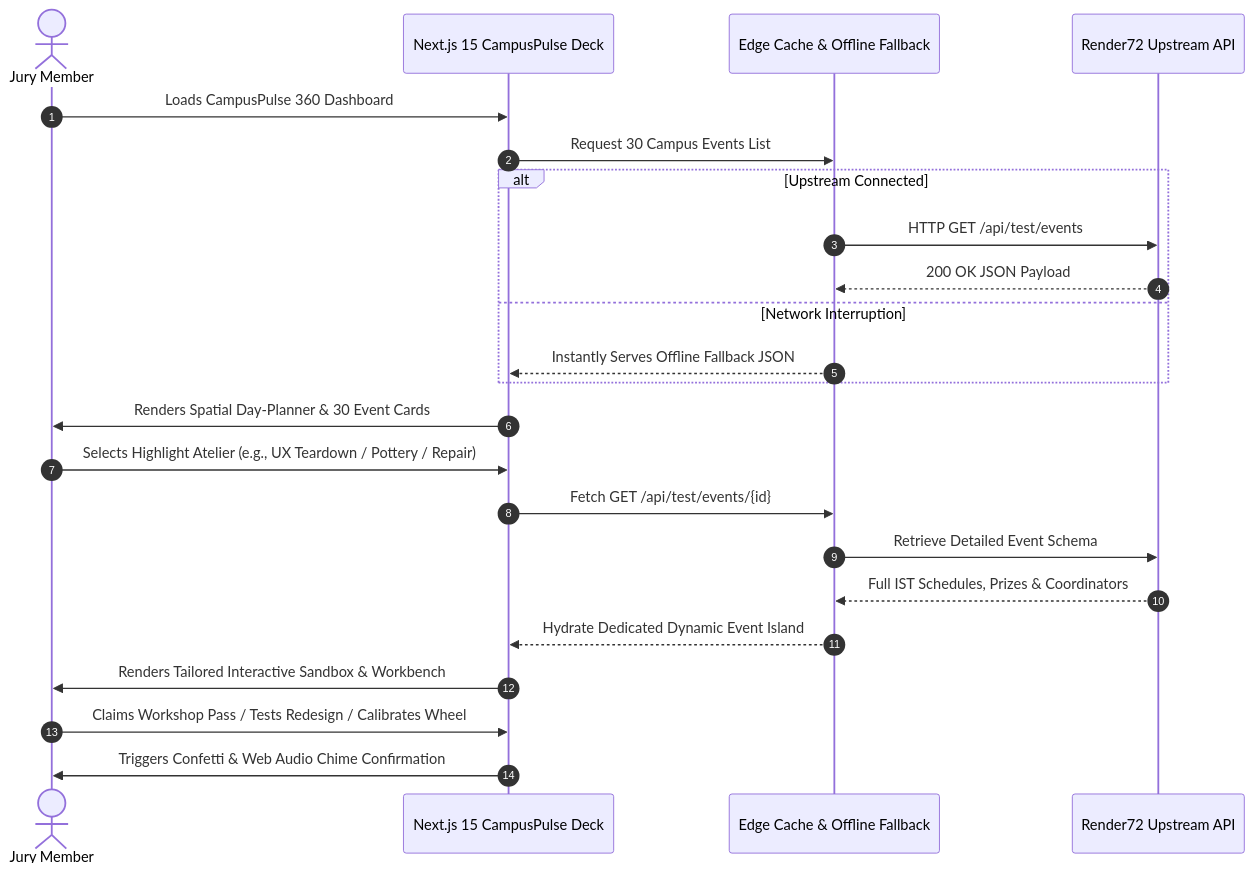
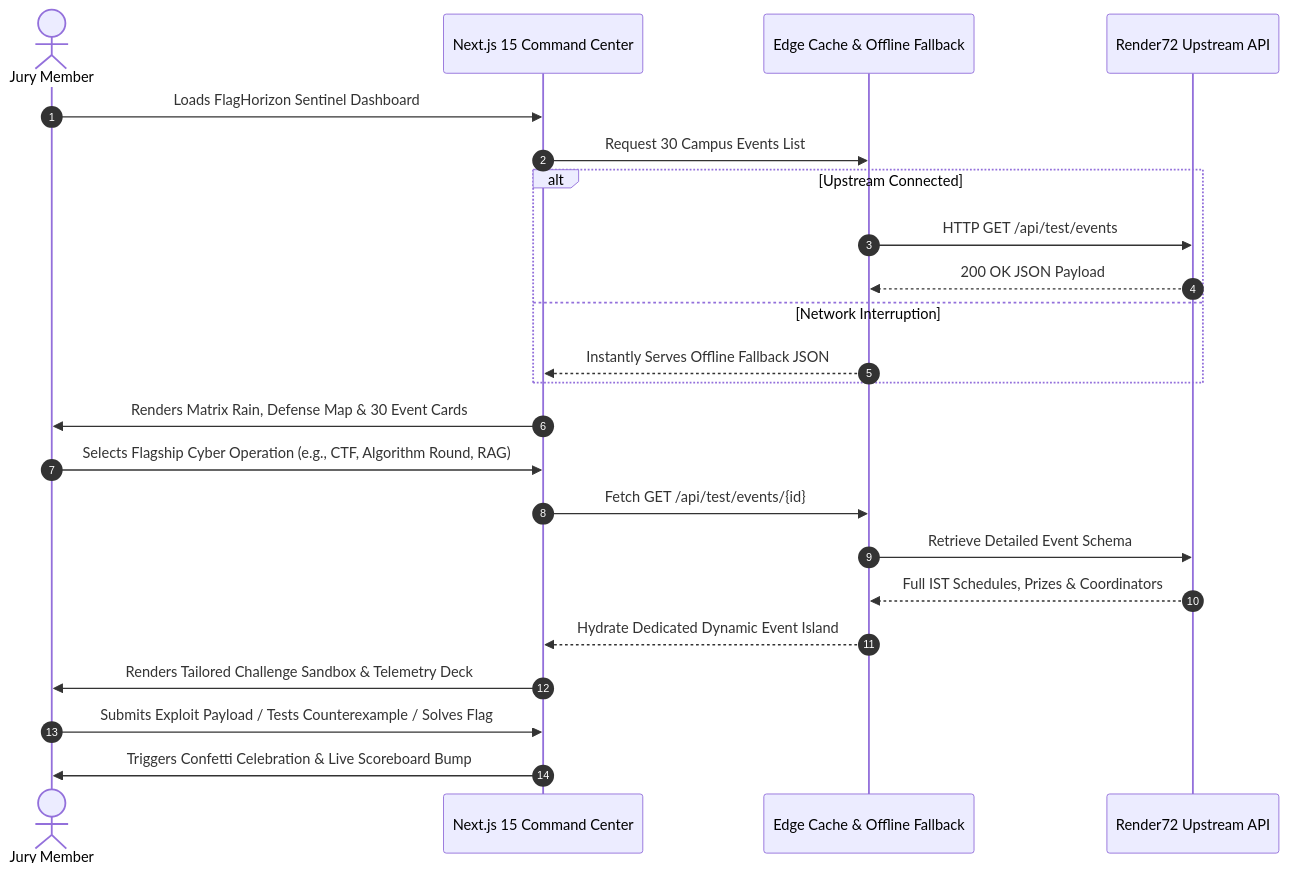
Before and after one commit to sepas1609/render72-event-command-center: the second of 2 diagrams in README.md, drawn with Mermaid. The commit also changed other lines of this file and 3 other files, not shown here.

Commit message:
fix: ensure main branch and production web app reflect Submission 1 FlagHorizon Sentinel

````diff
--- a/README.md
+++ b/README.md
@@ -46,26 +47,26 @@
 ```mermaid
 sequenceDiagram
     autonumber
     actor Judge as Jury Member
-    participant UI as Next.js 15 CampusPulse Deck
+    participant UI as Next.js 15 Command Center
     participant Cache as Edge Cache & Offline Fallback
     participant API as Render72 Upstream API
 
-    Judge->>UI: Loads CampusPulse 360 Dashboard
+    Judge->>UI: Loads FlagHorizon Sentinel Dashboard
     UI->>Cache: Request 30 Campus Events List
     alt Upstream Connected
         Cache->>API: HTTP GET /api/test/events
         API-->>Cache: 200 OK JSON Payload
     else Network Interruption
         Cache-->>UI: Instantly Serves Offline Fallback JSON
     end
-    UI->>Judge: Renders Spatial Day-Planner & 30 Event Cards
-    Judge->>UI: Selects Highlight Atelier (e.g., UX Teardown / Pottery / Repair)
+    UI->>Judge: Renders Matrix Rain, Defense Map & 30 Event Cards
+    Judge->>UI: Selects Flagship Cyber Operation (e.g., CTF, Algorithm Round, RAG)
     UI->>Cache: Fetch GET /api/test/events/{id}
     Cache->>API: Retrieve Detailed Event Schema
     API-->>Cache: Full IST Schedules, Prizes & Coordinators
     Cache-->>UI: Hydrate Dedicated Dynamic Event Island
-    UI->>Judge: Renders Tailored Interactive Sandbox & Workbench
-    Judge->>UI: Claims Workshop Pass / Tests Redesign / Calibrates Wheel
-    UI->>Judge: Triggers Confetti & Web Audio Chime Confirmation
+    UI->>Judge: Renders Tailored Challenge Sandbox & Telemetry Deck
+    Judge->>UI: Submits Exploit Payload / Tests Counterexample / Solves Flag
+    UI->>Judge: Triggers Confetti Celebration & Live Scoreboard Bump
 ```
````
